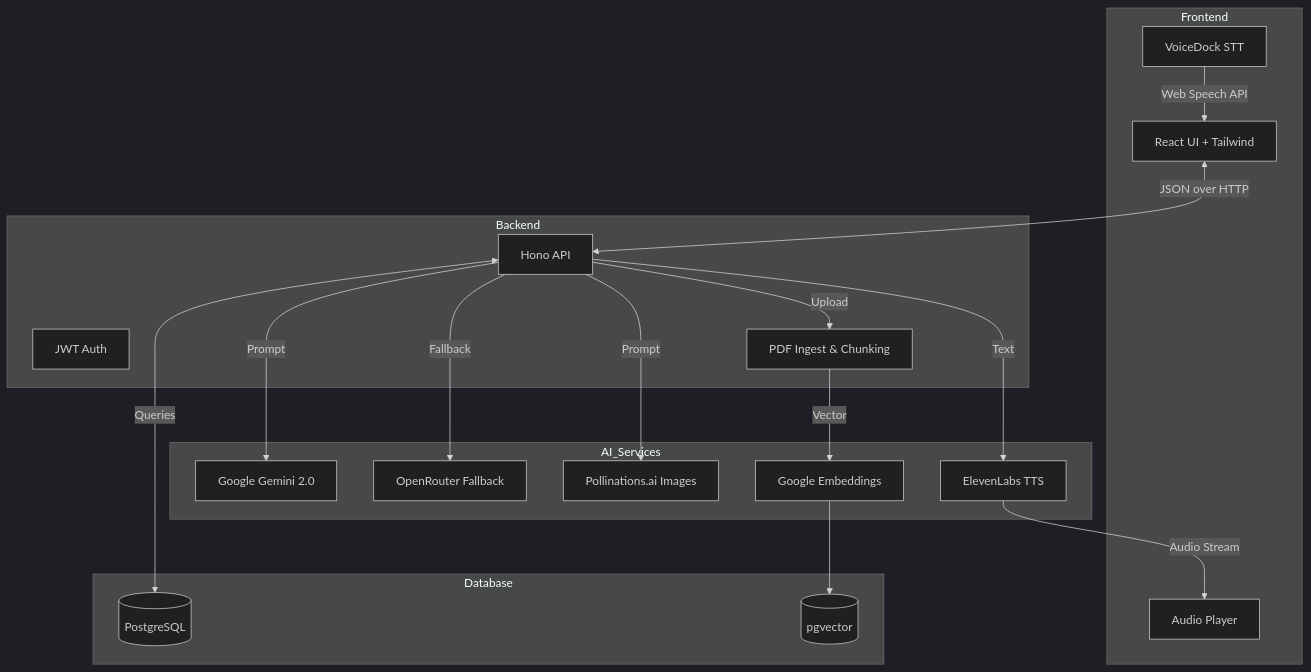
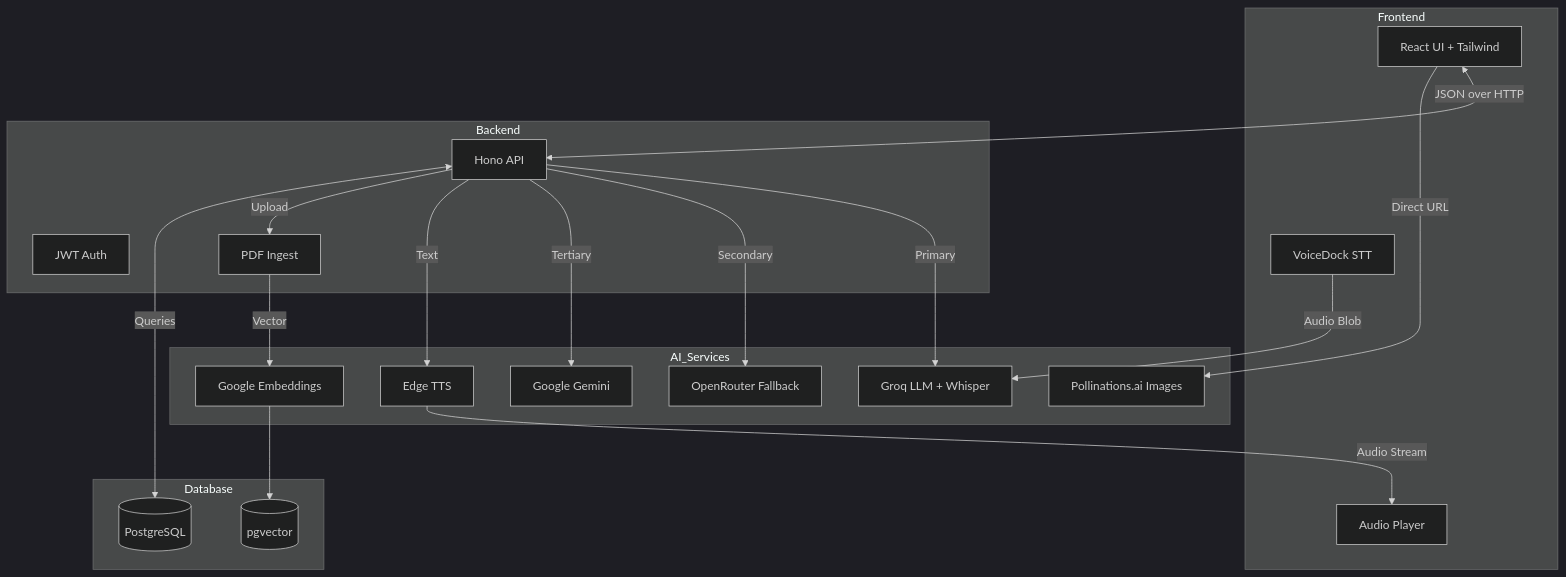
Before and after one commit to njd07/Saarthi: the diagram in README.md, drawn with Mermaid (dark theme). The commit also changed other lines of this file and 13 other files, not shown here.

````diff
--- a/README.md
+++ b/README.md
@@ -46,39 +47,41 @@
 ```mermaid
 graph TD
     subgraph Frontend
         UI[React UI + Tailwind]
         VD[VoiceDock STT]
         Player[Audio Player]
     end
 
     subgraph Backend
         API[Hono API]
         Auth[JWT Auth]
-        RAG[PDF Ingest & Chunking]
+        RAG[PDF Ingest]
     end
 
     subgraph Database
         PG[(PostgreSQL)]
         VEC[(pgvector)]
     end
 
     subgraph AI_Services
-        GEMINI[Google Gemini 2.0]
+        GROQ[Groq LLM + Whisper]
         OR[OpenRouter Fallback]
+        GEMINI[Google Gemini]
         POL[Pollinations.ai Images]
-        EL[ElevenLabs TTS]
+        EDGE[Edge TTS]
         EMB[Google Embeddings]
     end
 
     UI <-->|JSON over HTTP| API
-    VD -->|Web Speech API| UI
-    API -->|Prompt| GEMINI
-    API -->|Fallback| OR
-    API -->|Text| EL
-    API -->|Prompt| POL
+    VD -->|Audio Blob| GROQ
+    API -->|Primary| GROQ
+    API -->|Secondary| OR
+    API -->|Tertiary| GEMINI
+    API -->|Text| EDGE
+    UI -->|Direct URL| POL
     API -->|Upload| RAG
     RAG -->|Vector| EMB
     EMB --> VEC
     API <-->|Queries| PG
-    EL -->|Audio Stream| Player
+    EDGE -->|Audio Stream| Player
 ```
````
